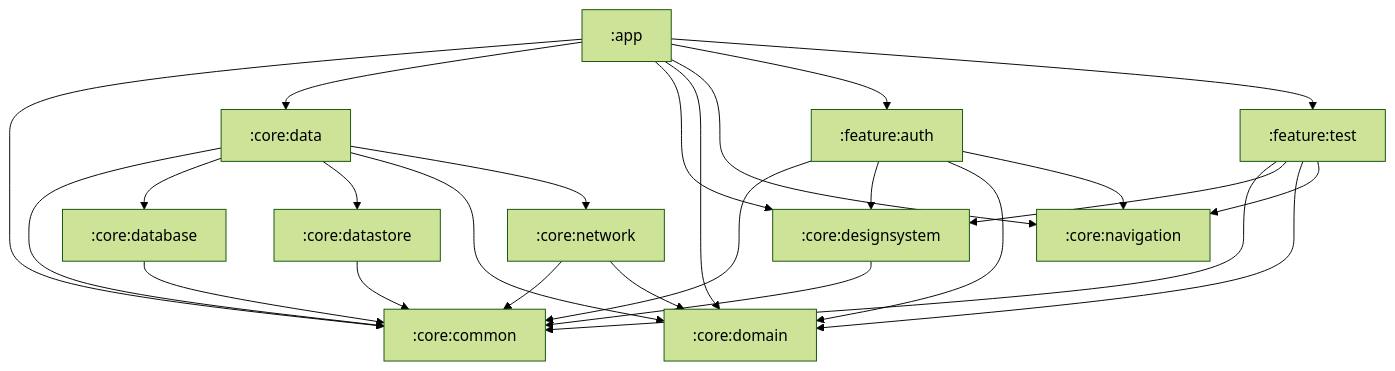
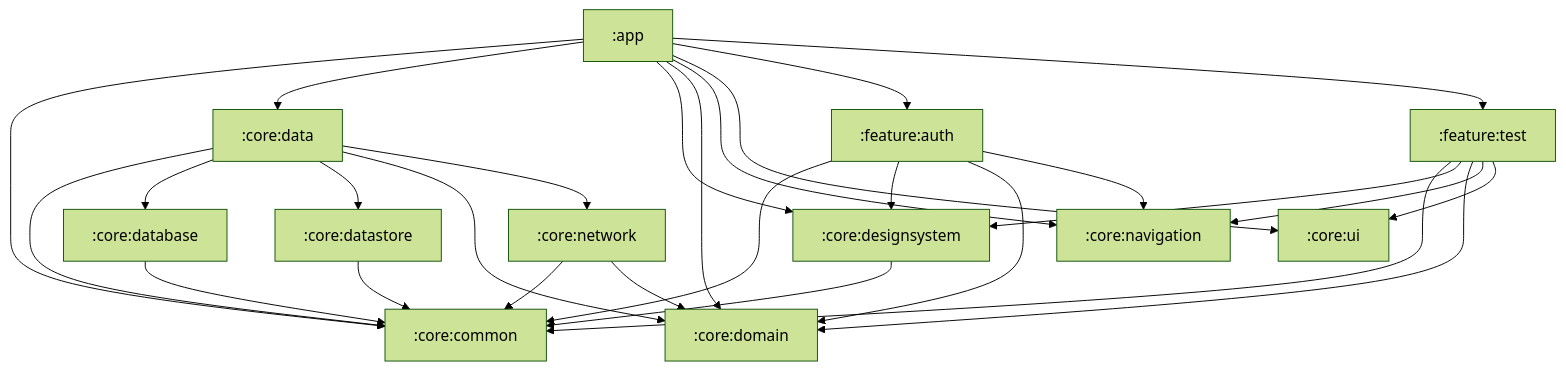
One commit to kkh725/Multi_Module_Template changed the diagram in docs/module-deps.md. Above: the diagram before and after it, drawn with Mermaid (forest theme).

Commit message:
[piece-bot] update dependency graph [skip ci]

````diff
--- a/docs/module-deps.md
+++ b/docs/module-deps.md
@@ -1,39 +1,42 @@
 ```mermaid
 graph TD
     _app[":app"]
     _app --> _core_common
     _app --> _core_data
     _app --> _core_designsystem
     _app --> _core_domain
     _app --> _core_navigation
+    _app --> _core_ui
     _app --> _feature_auth
     _app --> _feature_test
     _core_common[":core:common"]
     _core_data[":core:data"]
     _core_data --> _core_common
     _core_data --> _core_database
     _core_data --> _core_datastore
     _core_data --> _core_domain
     _core_data --> _core_network
     _core_database[":core:database"]
     _core_database --> _core_common
     _core_datastore[":core:datastore"]
     _core_datastore --> _core_common
     _core_designsystem[":core:designsystem"]
     _core_designsystem --> _core_common
     _core_domain[":core:domain"]
     _core_navigation[":core:navigation"]
     _core_network[":core:network"]
     _core_network --> _core_common
     _core_network --> _core_domain
+    _core_ui[":core:ui"]
     _feature_auth[":feature:auth"]
     _feature_auth --> _core_common
     _feature_auth --> _core_designsystem
     _feature_auth --> _core_domain
     _feature_auth --> _core_navigation
     _feature_test[":feature:test"]
     _feature_test --> _core_common
     _feature_test --> _core_designsystem
     _feature_test --> _core_domain
     _feature_test --> _core_navigation
+    _feature_test --> _core_ui
 ```
````
